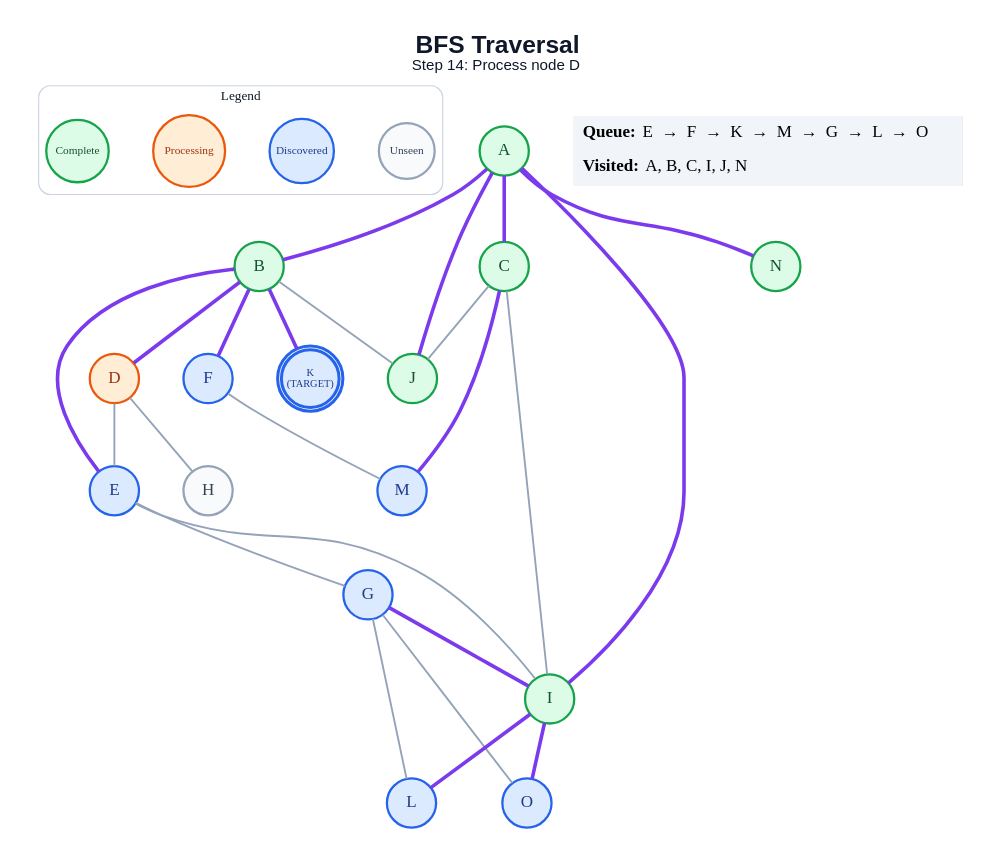
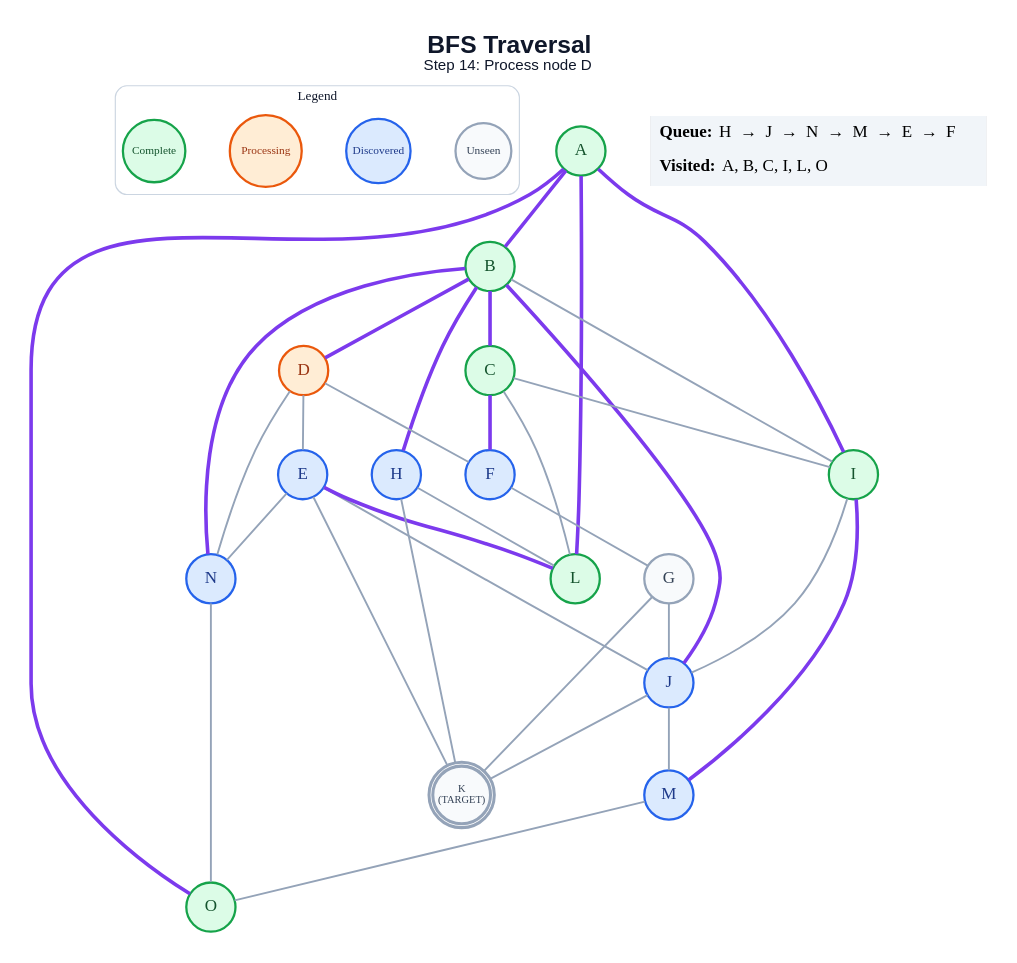
One commit to anon7238593-create/ai-slop changed the diagram in generated/specific-node/bfs/step_14.dot. Above: the diagram before and after it, drawn with Graphviz. The commit also changed 277 other files, not shown here.

```diff
--- a/generated/specific-node/bfs/step_14.dot
+++ b/generated/specific-node/bfs/step_14.dot
@@ -1,57 +1,65 @@
 graph traversal {
   graph [layout=dot, rankdir=TB, bgcolor="#FFFFFF", pad="0.35", nodesep="0.65", ranksep="0.8", fontname="Arial"];
   node [shape=circle, style="filled", fontname="Arial Bold", fontsize=18, width=0.72, fixedsize=true, penwidth=2.4];
   edge [color="#94A3B8", penwidth=2.0];
   label=<<B>BFS Traversal</B><BR/><FONT POINT-SIZE="16">Step 14: Process node D</FONT>>; labelloc="t"; fontsize=26; fontname="Arial"; fontcolor="#0F172A";
   subgraph cluster_legend { label="Legend"; color="#CBD5E1"; penwidth=1.2; style="rounded"; fontsize=14; fontname="Arial Bold";
     key_unseen [label="Unseen", fillcolor="#F8FAFC", color="#94A3B8", fontcolor="#334155", fontsize=12, width=0.82];
     key_frontier [label="Discovered", fillcolor="#DBEAFE", color="#2563EB", fontcolor="#1E3A8A", fontsize=12, width=0.95];
     key_current [label="Processing", fillcolor="#FFEDD5", color="#EA580C", fontcolor="#9A3412", fontsize=12, width=1.05];
     key_done [label="Complete", fillcolor="#DCFCE7", color="#16A34A", fontcolor="#14532D", fontsize=12, width=0.92];
     { rank=same; key_unseen; key_frontier; key_current; key_done; }
   }
   A [label="A", fillcolor="#DCFCE7", color="#16A34A", fontcolor="#14532D", peripheries=1, penwidth=2.4];
   B [label="B", fillcolor="#DCFCE7", color="#16A34A", fontcolor="#14532D", peripheries=1, penwidth=2.4];
   C [label="C", fillcolor="#DCFCE7", color="#16A34A", fontcolor="#14532D", peripheries=1, penwidth=2.4];
   D [label="D", fillcolor="#FFEDD5", color="#EA580C", fontcolor="#9A3412", peripheries=1, penwidth=2.4];
   E [label="E", fillcolor="#DBEAFE", color="#2563EB", fontcolor="#1E3A8A", peripheries=1, penwidth=2.4];
   F [label="F", fillcolor="#DBEAFE", color="#2563EB", fontcolor="#1E3A8A", peripheries=1, penwidth=2.4];
-  G [label="G", fillcolor="#DBEAFE", color="#2563EB", fontcolor="#1E3A8A", peripheries=1, penwidth=2.4];
-  H [label="H", fillcolor="#F8FAFC", color="#94A3B8", fontcolor="#334155", peripheries=1, penwidth=2.4];
+  G [label="G", fillcolor="#F8FAFC", color="#94A3B8", fontcolor="#334155", peripheries=1, penwidth=2.4];
+  H [label="H", fillcolor="#DBEAFE", color="#2563EB", fontcolor="#1E3A8A", peripheries=1, penwidth=2.4];
   I [label="I", fillcolor="#DCFCE7", color="#16A34A", fontcolor="#14532D", peripheries=1, penwidth=2.4];
-  J [label="J", fillcolor="#DCFCE7", color="#16A34A", fontcolor="#14532D", peripheries=1, penwidth=2.4];
-  K [label="K\n(TARGET)", fillcolor="#DBEAFE", color="#2563EB", fontcolor="#1E3A8A", peripheries=2, penwidth=3.2, fontsize=11, width=0.85, height=0.85];
-  L [label="L", fillcolor="#DBEAFE", color="#2563EB", fontcolor="#1E3A8A", peripheries=1, penwidth=2.4];
+  J [label="J", fillcolor="#DBEAFE", color="#2563EB", fontcolor="#1E3A8A", peripheries=1, penwidth=2.4];
+  K [label="K\n(TARGET)", fillcolor="#F8FAFC", color="#94A3B8", fontcolor="#334155", peripheries=2, penwidth=3.2, fontsize=11, width=0.85, height=0.85];
+  L [label="L", fillcolor="#DCFCE7", color="#16A34A", fontcolor="#14532D", peripheries=1, penwidth=2.4];
   M [label="M", fillcolor="#DBEAFE", color="#2563EB", fontcolor="#1E3A8A", peripheries=1, penwidth=2.4];
-  N [label="N", fillcolor="#DCFCE7", color="#16A34A", fontcolor="#14532D", peripheries=1, penwidth=2.4];
-  O [label="O", fillcolor="#DBEAFE", color="#2563EB", fontcolor="#1E3A8A", peripheries=1, penwidth=2.4];
+  N [label="N", fillcolor="#DBEAFE", color="#2563EB", fontcolor="#1E3A8A", peripheries=1, penwidth=2.4];
+  O [label="O", fillcolor="#DCFCE7", color="#16A34A", fontcolor="#14532D", peripheries=1, penwidth=2.4];
   A -- B [color="#7C3AED", penwidth=3.8];
-  A -- C [color="#7C3AED", penwidth=3.8];
   A -- I [color="#7C3AED", penwidth=3.8];
-  A -- J [color="#7C3AED", penwidth=3.8];
-  A -- N [color="#7C3AED", penwidth=3.8];
+  A -- L [color="#7C3AED", penwidth=3.8];
+  A -- O [color="#7C3AED", penwidth=3.8];
+  B -- C [color="#7C3AED", penwidth=3.8];
   B -- D [color="#7C3AED", penwidth=3.8];
-  B -- E [color="#7C3AED", penwidth=3.8];
-  B -- F [color="#7C3AED", penwidth=3.8];
-  B -- J;
-  B -- K [color="#7C3AED", penwidth=3.8];
+  B -- H [color="#7C3AED", penwidth=3.8];
+  B -- I;
+  B -- J [color="#7C3AED", penwidth=3.8];
+  B -- N [color="#7C3AED", penwidth=3.8];
+  C -- F [color="#7C3AED", penwidth=3.8];
   C -- I;
-  C -- J;
-  C -- M [color="#7C3AED", penwidth=3.8];
+  C -- L;
   D -- E;
-  D -- H;
-  E -- G;
-  E -- I;
-  F -- M;
-  G -- I [color="#7C3AED", penwidth=3.8];
-  G -- L;
-  G -- O;
-  I -- L [color="#7C3AED", penwidth=3.8];
-  I -- O [color="#7C3AED", penwidth=3.8];
+  D -- F;
+  D -- N;
+  E -- J;
+  E -- K;
+  E -- L [color="#7C3AED", penwidth=3.8];
+  E -- N;
+  F -- G;
+  G -- J;
+  G -- K;
+  H -- K;
+  H -- L;
+  I -- J;
+  I -- M [color="#7C3AED", penwidth=3.8];
+  J -- K;
+  J -- M;
+  M -- O;
+  N -- O;
   status [shape=plain, fixedsize=false, width=0, height=0, margin=0, label=<
     <TABLE BORDER="0" CELLBORDER="0" CELLPADDING="7" BGCOLOR="#F1F5F9">
-      <TR><TD ALIGN="LEFT"><B>Queue:</B> E  →  F  →  K  →  M  →  G  →  L  →  O</TD></TR>
-      <TR><TD ALIGN="LEFT"><B>Visited:</B> A, B, C, I, J, N</TD></TR>
+      <TR><TD ALIGN="LEFT"><B>Queue:</B> H  →  J  →  N  →  M  →  E  →  F</TD></TR>
+      <TR><TD ALIGN="LEFT"><B>Visited:</B> A, B, C, I, L, O</TD></TR>
     </TABLE>
   >];
 }
```
